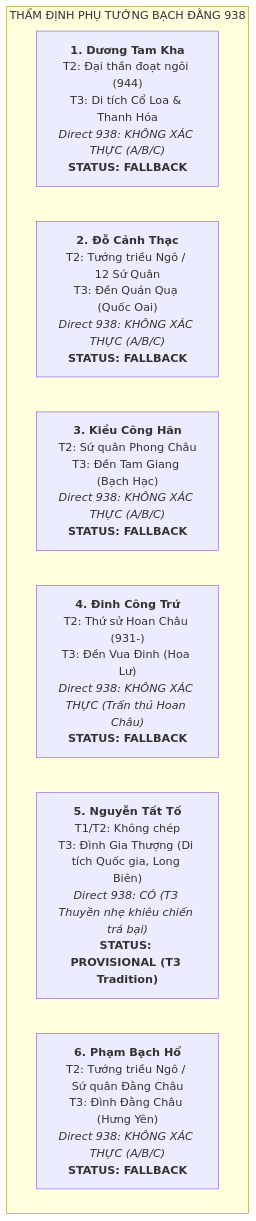
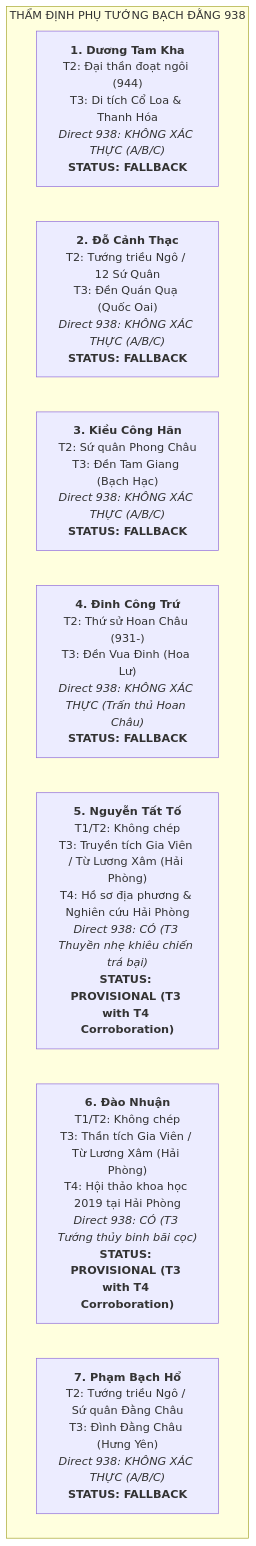
Before and after one commit to LightDucan/HuyenSu-TD: the diagram in docs/drafts/viet-su/ngo-quyen-938-candidates/candidate-evidence.md, drawn with Mermaid. The commit also changed other lines of this file and 2 other files, not shown here.

````diff
--- a/docs/drafts/viet-su/ngo-quyen-938-candidates/candidate-evidence.md
+++ b/docs/drafts/viet-su/ngo-quyen-938-candidates/candidate-evidence.md
@@ -17,16 +17,18 @@
 ```mermaid
 graph TD
     subgraph THẨM ĐỊNH PHỤ TƯỚNG BẠCH ĐẰNG 938
         C1["<b>1. Dương Tam Kha</b><br>T2: Đại thần đoạt ngôi (944)<br>T3: Di tích Cổ Loa & Thanh Hóa<br><i>Direct 938: KHÔNG XÁC THỰC (A/B/C)</i><br><b>STATUS: FALLBACK</b>"]
 
         C2["<b>2. Đỗ Cảnh Thạc</b><br>T2: Tướng triều Ngô / 12 Sứ Quân<br>T3: Đền Quán Quạ (Quốc Oai)<br><i>Direct 938: KHÔNG XÁC THỰC (A/B/C)</i><br><b>STATUS: FALLBACK</b>"]
 
         C3["<b>3. Kiều Công Hãn</b><br>T2: Sứ quân Phong Châu<br>T3: Đền Tam Giang (Bạch Hạc)<br><i>Direct 938: KHÔNG XÁC THỰC (A/B/C)</i><br><b>STATUS: FALLBACK</b>"]
 
         C4["<b>4. Đinh Công Trứ</b><br>T2: Thứ sử Hoan Châu (931-)<br>T3: Đền Vua Đinh (Hoa Lư)<br><i>Direct 938: KHÔNG XÁC THỰC (Trấn thủ Hoan Châu)</i><br><b>STATUS: FALLBACK</b>"]
 
-        C5["<b>5. Nguyễn Tất Tố</b><br>T1/T2: Không chép<br>T3: Đình Gia Thượng (Di tích Quốc gia, Long Biên)<br><i>Direct 938: CÓ (T3 Thuyền nhẹ khiêu chiến trá bại)</i><br><b>STATUS: PROVISIONAL (T3 Tradition)</b>"]
+        C5["<b>5. Nguyễn Tất Tố</b><br>T1/T2: Không chép<br>T3: Truyền tích Gia Viên / Từ Lương Xâm (Hải Phòng)<br>T4: Hồ sơ địa phương & Nghiên cứu Hải Phòng<br><i>Direct 938: CÓ (T3 Thuyền nhẹ khiêu chiến trá bại)</i><br><b>STATUS: PROVISIONAL (T3 with T4 Corroboration)</b>"]
 
-        C6["<b>6. Phạm Bạch Hổ</b><br>T2: Tướng triều Ngô / Sứ quân Đằng Châu<br>T3: Đình Đằng Châu (Hưng Yên)<br><i>Direct 938: KHÔNG XÁC THỰC (A/B/C)</i><br><b>STATUS: FALLBACK</b>"]
+        C6["<b>6. Đào Nhuận</b><br>T1/T2: Không chép<br>T3: Thần tích Gia Viên / Từ Lương Xâm (Hải Phòng)<br>T4: Hội thảo khoa học 2019 tại Hải Phòng<br><i>Direct 938: CÓ (T3 Tướng thủy binh bãi cọc)</i><br><b>STATUS: PROVISIONAL (T3 with T4 Corroboration)</b>"]
+
+        C7["<b>7. Phạm Bạch Hổ</b><br>T2: Tướng triều Ngô / Sứ quân Đằng Châu<br>T3: Đình Đằng Châu (Hưng Yên)<br><i>Direct 938: KHÔNG XÁC THỰC (A/B/C)</i><br><b>STATUS: FALLBACK</b>"]
     end
 ```
````
